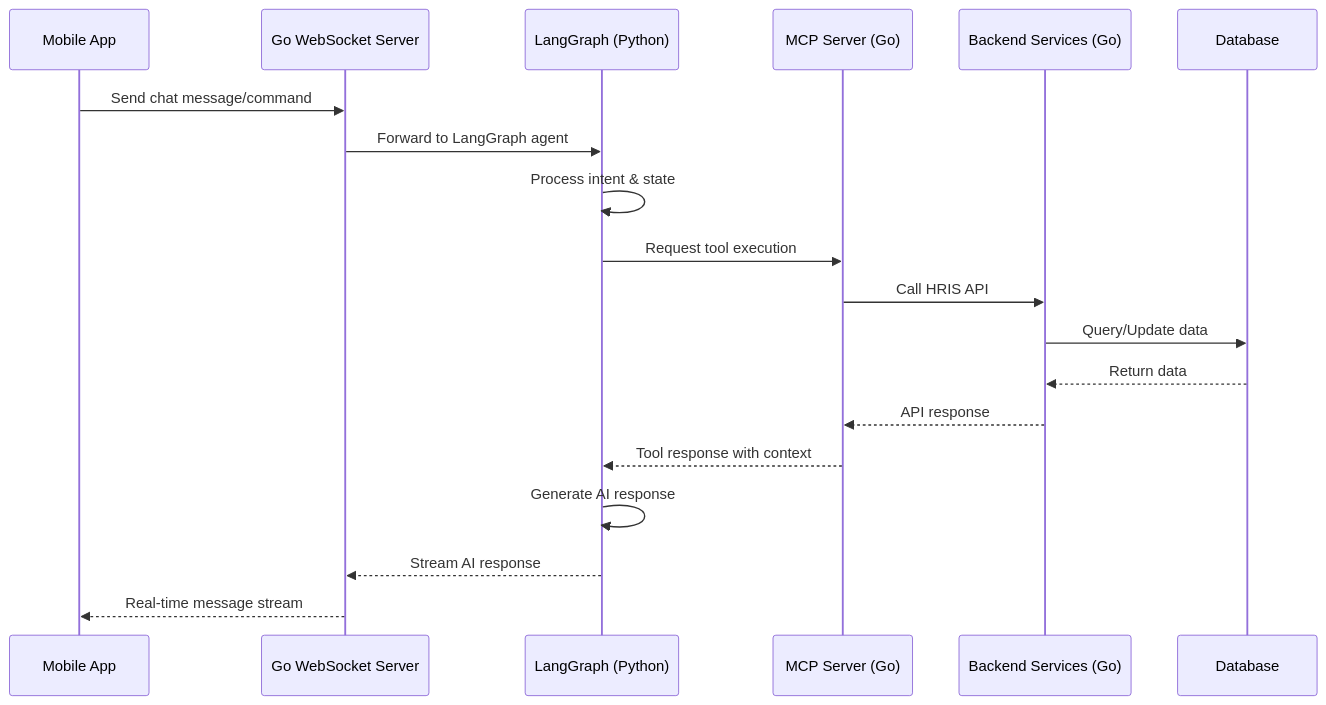
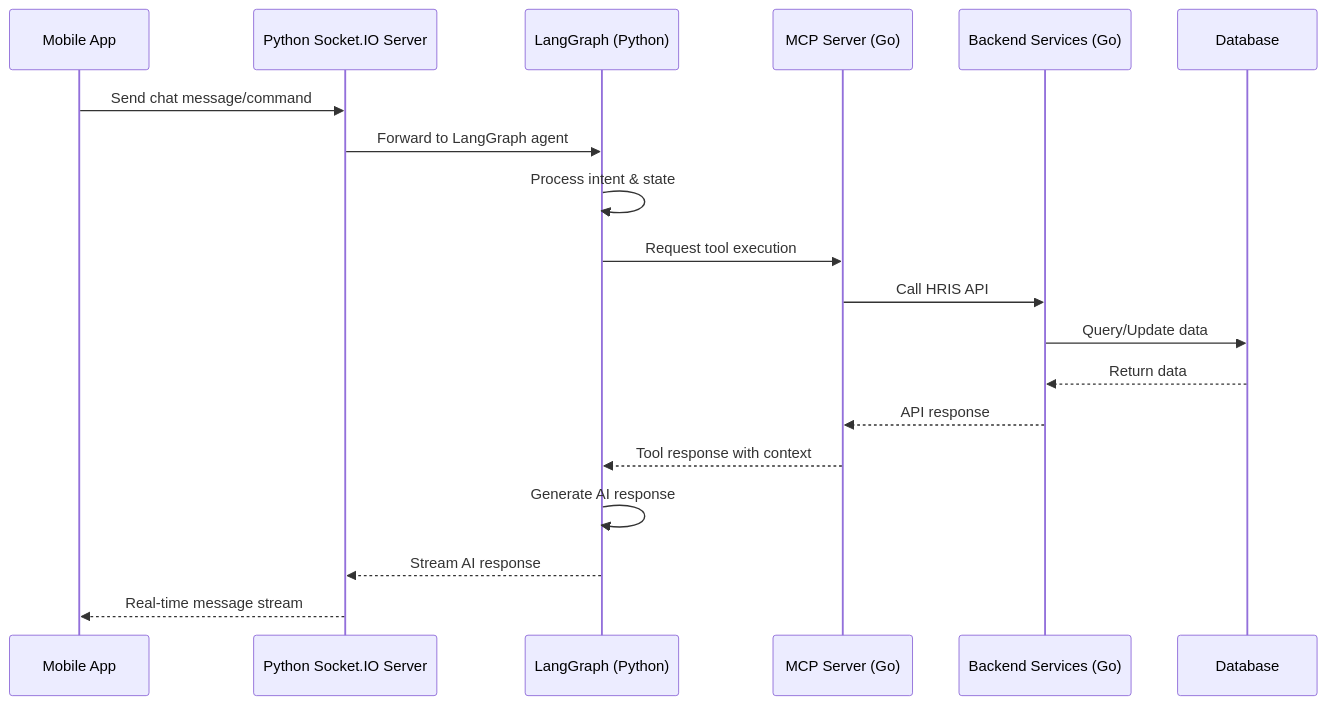
The first of 4 diagrams in README.md (rianV2/aturix-hr-eng-spec), drawn with Mermaid before and after one commit. The commit also changed other lines of this file, not shown here.

Commit message:
Replace go websocket with python socket io

````diff
--- a/README.md
+++ b/README.md
@@ -45,22 +45,22 @@
 ```mermaid
 sequenceDiagram
     participant M as Mobile App
-    participant WS as Go WebSocket Server
+    participant SIO as Python Socket.IO Server
     participant LG as LangGraph (Python)
     participant MCP as MCP Server (Go)
     participant BE as Backend Services (Go)
     participant DB as Database
 
-    M->>WS: Send chat message/command
-    WS->>LG: Forward to LangGraph agent
+    M->>SIO: Send chat message/command
+    SIO->>LG: Forward to LangGraph agent
     LG->>LG: Process intent & state
     LG->>MCP: Request tool execution
     MCP->>BE: Call HRIS API
     BE->>DB: Query/Update data
     DB-->>BE: Return data
     BE-->>MCP: API response
     MCP-->>LG: Tool response with context
     LG->>LG: Generate AI response
-    LG-->>WS: Stream AI response
-    WS-->>M: Real-time message stream
+    LG-->>SIO: Stream AI response
+    SIO-->>M: Real-time message stream
 ```
````
